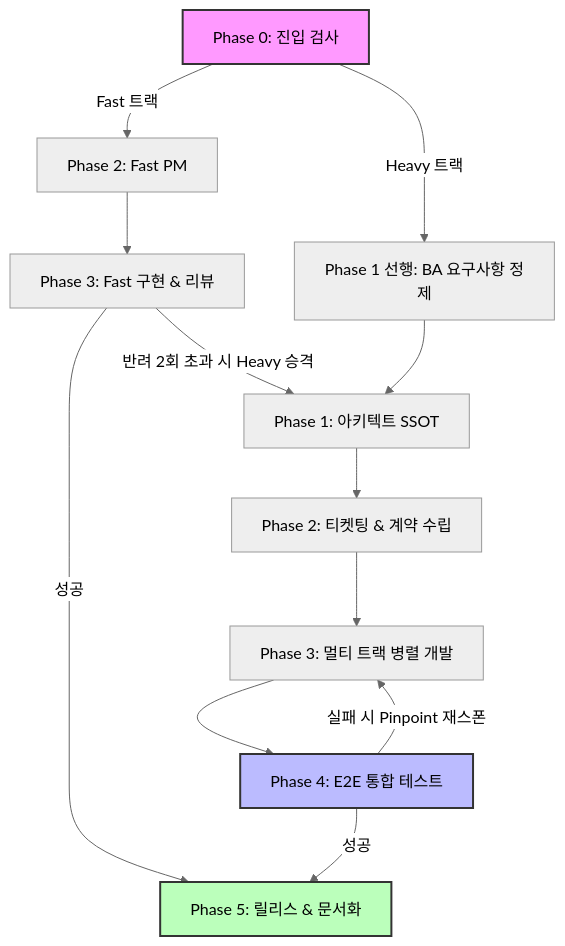
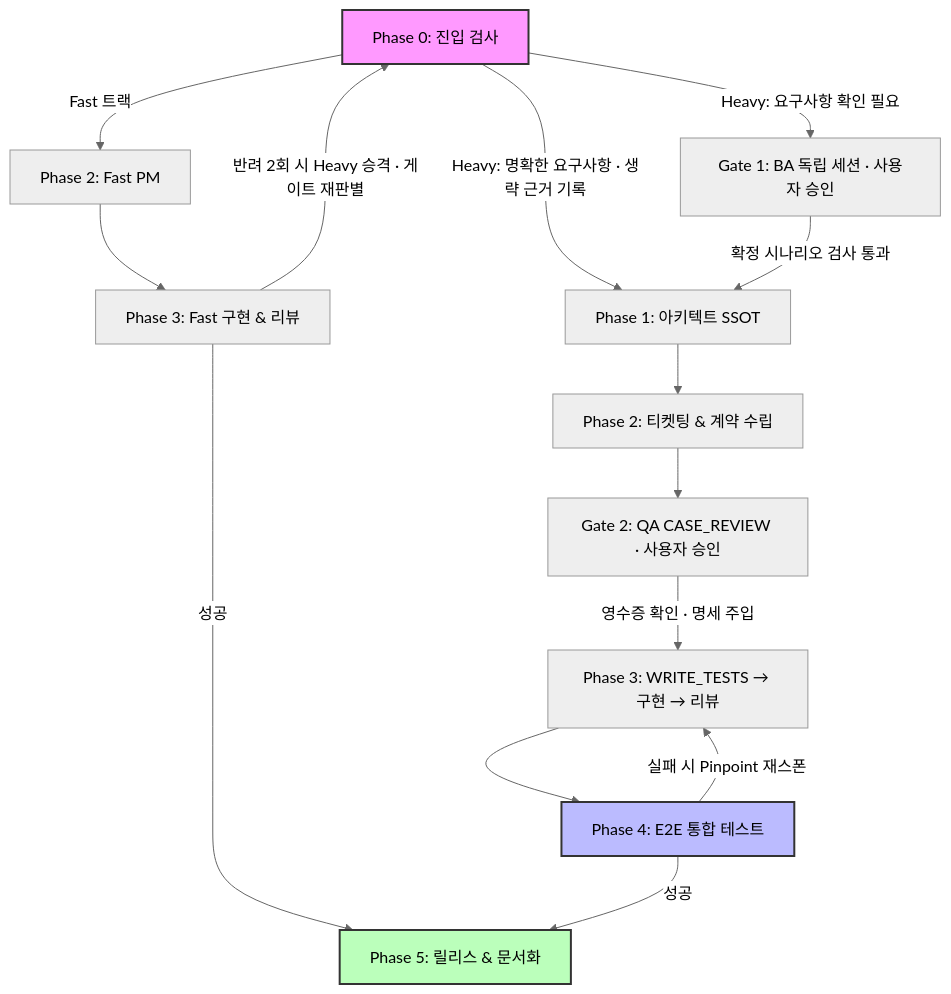
The first of 2 diagrams in README.md (nyj001012/web-sdlc-harness), drawn with Mermaid before and after one commit. The commit also changed other lines of this file, not shown here.

````diff
--- a/README.md
+++ b/README.md
@@ -145,23 +181,25 @@
 ```mermaid
 %%{init: {'theme': 'neutral', 'config': {'useMaxWidth': true}}}%%
 graph TD
     P0[Phase 0: 진입 검사] -->|Fast 트랙| P2_F[Phase 2: Fast PM]
-    P0 -->|Heavy 트랙| P1_BA[Phase 1 선행: BA 요구사항 정제]
-    P1_BA --> P1[Phase 1: 아키텍트 SSOT]
+    P0 -->|Heavy: 요구사항 확인 필요| G1[Gate 1: BA 독립 세션 · 사용자 승인]
+    P0 -->|Heavy: 명확한 요구사항 · 생략 근거 기록| P1[Phase 1: 아키텍트 SSOT]
+    G1 -->|확정 시나리오 검사 통과| P1
 
     %% Fast Track
     P2_F --> P3_F[Phase 3: Fast 구현 & 리뷰]
     P3_F -->|성공| P5[Phase 5: 릴리스 & 문서화]
-    P3_F -->|반려 2회 초과 시 Heavy 승격| P1
+    P3_F -->|반려 2회 시 Heavy 승격 · 게이트 재판별| P0
 
     %% Heavy Track
     P1 --> P2_H[Phase 2: 티켓팅 & 계약 수립]
-    P2_H --> P3_H[Phase 3: 멀티 트랙 병렬 개발]
+    P2_H --> G2[Gate 2: QA CASE_REVIEW · 사용자 승인]
+    G2 -->|영수증 확인 · 명세 주입| P3_H[Phase 3: WRITE_TESTS → 구현 → 리뷰]
     P3_H --> P4[Phase 4: E2E 통합 테스트]
     P4 -->|성공| P5
     P4 -->|실패 시 Pinpoint 재스폰| P3_H
 
     style P0 fill:#f9f,stroke:#333,stroke-width:2px
     style P4 fill:#bbf,stroke:#333,stroke-width:2px
     style P5 fill:#bfb,stroke:#333,stroke-width:2px
 ```
````
